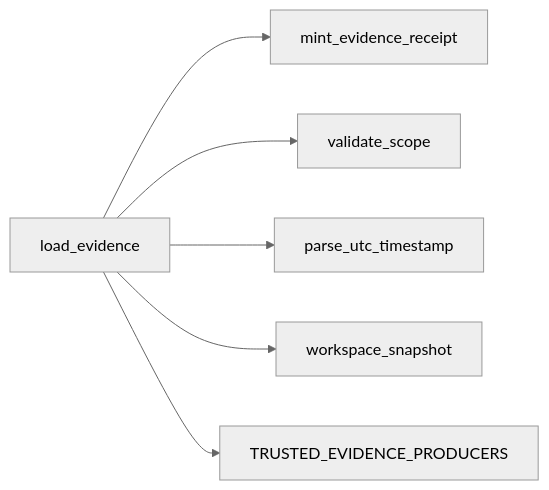
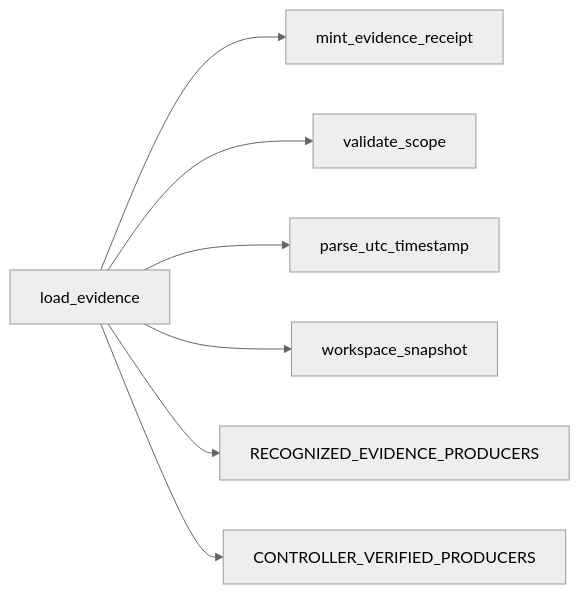
One commit to HackSing/docs-harness changed the fourth of 4 diagrams in .qoder/repowiki/zh/content/核心概念/证据链管理/证据收据格式.md. Above: the diagram before and after it, drawn with Mermaid (neutral theme). The commit also changed other lines of this file and 27 other files, not shown here.

````diff
--- a/.qoder/repowiki/zh/content/核心概念/证据链管理/证据收据格式.md
+++ b/.qoder/repowiki/zh/content/核心概念/证据链管理/证据收据格式.md
@@ -195,8 +207,9 @@
 ```mermaid
 graph LR
 LoadEvidence["load_evidence"] --> MintReceipt["mint_evidence_receipt"]
 LoadEvidence --> ValidateScope["validate_scope"]
 LoadEvidence --> ParseTimestamp["parse_utc_timestamp"]
 LoadEvidence --> WorkspaceSnapshot["workspace_snapshot"]
-LoadEvidence --> TrustedProducers["TRUSTED_EVIDENCE_PRODUCERS"]
+LoadEvidence --> TrustedProducers["RECOGNIZED_EVIDENCE_PRODUCERS"]
+LoadEvidence --> VerifiedProducers["CONTROLLER_VERIFIED_PRODUCERS"]
 ```
````
